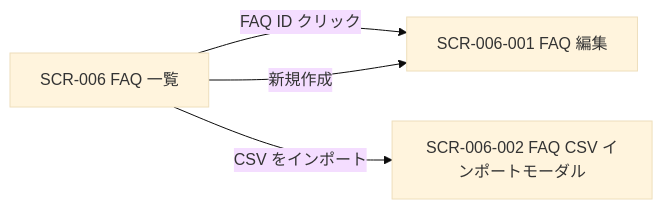
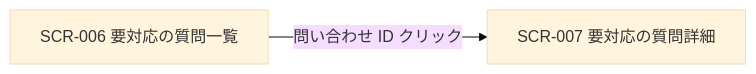
One commit to sikakou54/open-faq changed the diagram in 02_basic_design/01_screens/SCR-006.md. Above: the diagram before and after it, drawn with Mermaid (base theme). The commit also changed other lines of this file and 617 other files, not shown here.

````diff
--- a/02_basic_design/01_screens/SCR-006.md
+++ b/02_basic_design/01_screens/SCR-006.md
@@ -36,9 +37,6 @@
 ```mermaid
 flowchart LR
-  S1["SCR-006 FAQ 一覧"]
-  S2["SCR-006-001 FAQ 編集"]
-  S3["SCR-006-002 FAQ CSV インポートモーダル"]
-  S1 -->|FAQ ID クリック| S2
-  S1 -->|新規作成| S2
-  S1 -->|CSV をインポート| S3
+  S1["SCR-006 要対応の質問一覧"]
+  S2["SCR-007 要対応の質問詳細"]
+  S1 -->|問い合わせ ID クリック| S2
 ```
````
